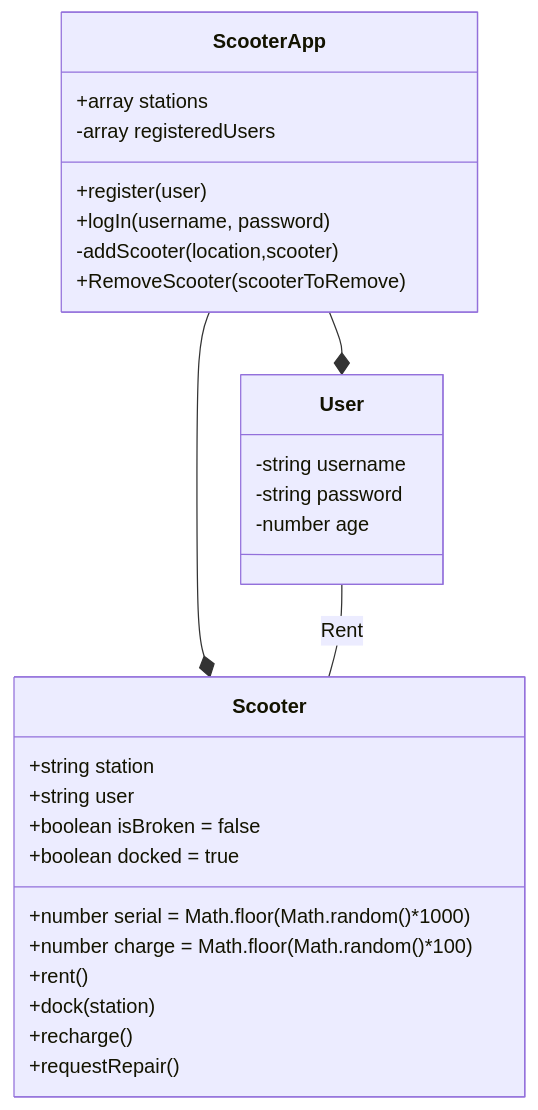
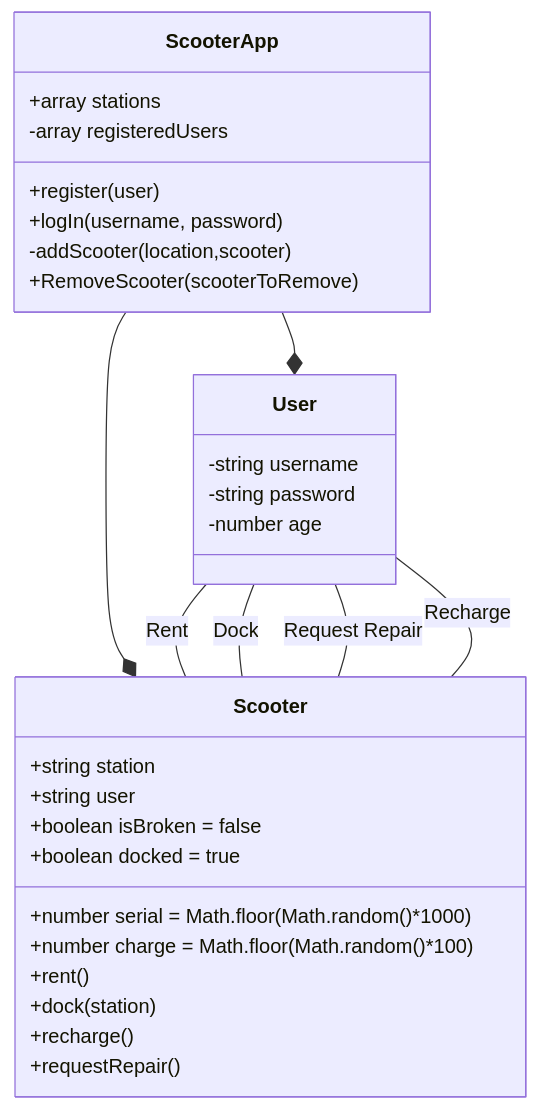
One commit to rafisfast/scooter-project changed the diagram in uml/classes.mmd. Above: the diagram before and after it, drawn with Mermaid.

Commit message:
classes diagram updated

```diff
--- a/uml/classes.mmd
+++ b/uml/classes.mmd
@@ -1,36 +1,39 @@
 classDiagram
 
     ScooterApp --* Scooter 
     ScooterApp --* User
 
     User -- Scooter: Rent
+    User -- Scooter: Dock
+    User -- Scooter: Request Repair
+    User -- Scooter: Recharge
 
     class Scooter {
         +string station
         +string user
         +number serial = Math.floor(Math.random()*1000)
         +number charge = Math.floor(Math.random()*100)
         +boolean isBroken = false
         +boolean docked = true
 
         +rent()
         +dock(station)
         +recharge()
         +requestRepair()
     }
 
     class User {
         -string username
         -string password
         -number age 
     }
 
     class ScooterApp {
         +array stations
         -array registeredUsers 
 
         +register(user)
         +logIn(username, password)
         -addScooter(location,scooter)
         +RemoveScooter(scooterToRemove)
     }
```
